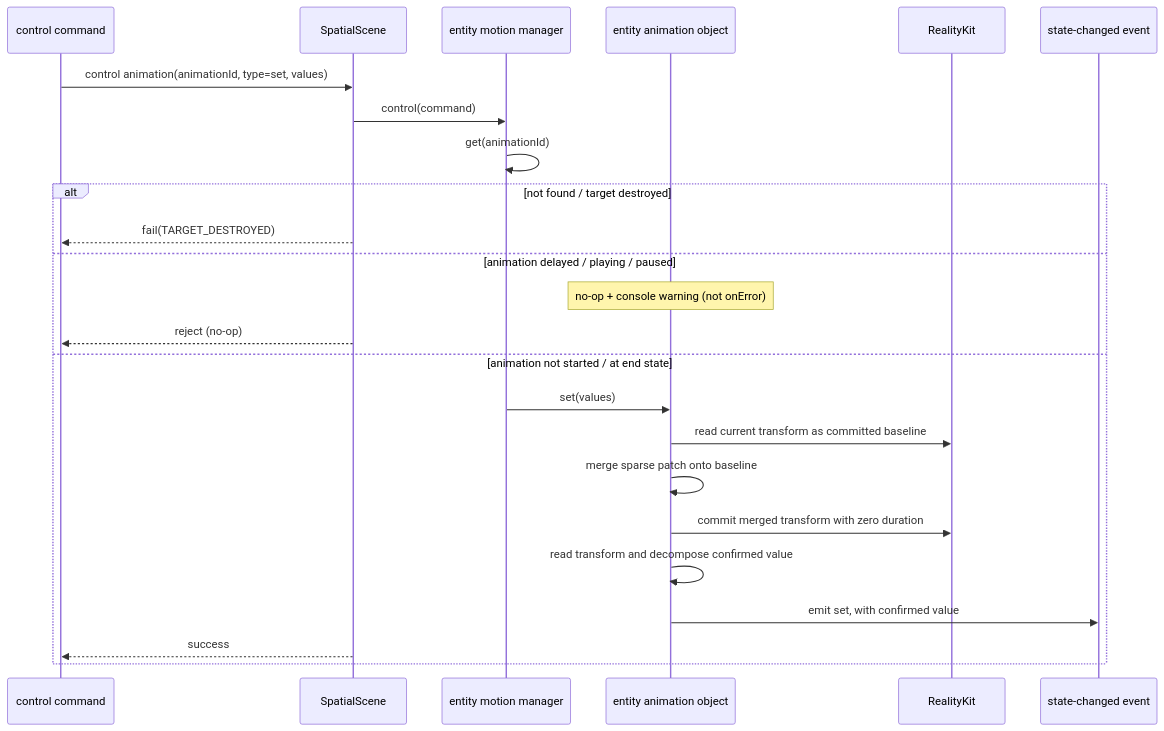
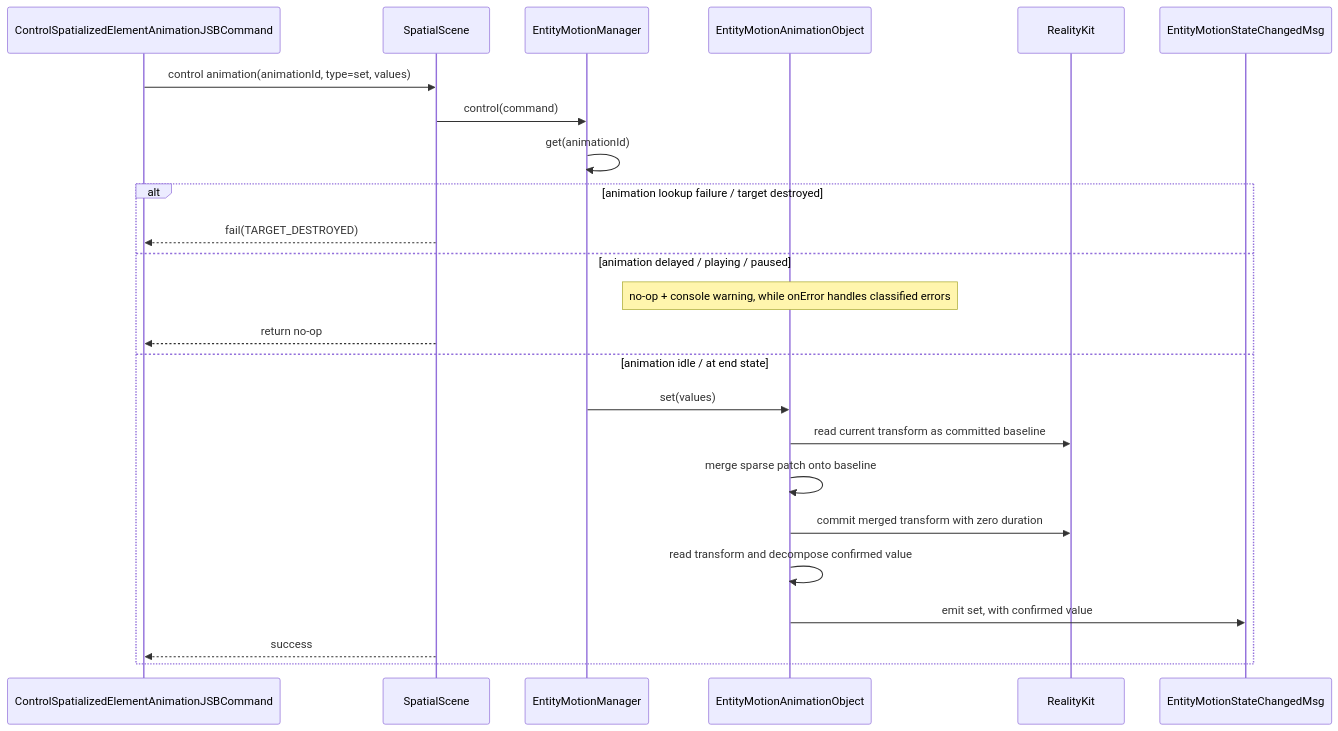
Before and after one commit to webspatial/webspatial-sdk: diagram 14 of 14 in openspec/changes/redesign-entity-motion-api/design.md, drawn with Mermaid. The commit also changed other lines of this file and 3 other files, not shown here.

Commit message:
update spec structure and diagram

````diff
--- a/openspec/changes/redesign-entity-motion-api/design.md
+++ b/openspec/changes/redesign-entity-motion-api/design.md
@@ -885,27 +999,27 @@
 ```mermaid
 sequenceDiagram
-    participant JSB as control command
+    participant JSB as ControlSpatializedElementAnimationJSBCommand
     participant Scene as SpatialScene
-    participant Manager as entity motion manager
-    participant Obj as entity animation object
+    participant Manager as EntityMotionManager
+    participant Obj as EntityMotionAnimationObject
     participant RK as RealityKit
-    participant Event as state-changed event
+    participant Event as EntityMotionStateChangedMsg
 
     JSB->>Scene: control animation(animationId, type=set, values)
     Scene->>Manager: control(command)
     Manager->>Manager: get(animationId)
-    alt not found / target destroyed
+    alt animation lookup failure / target destroyed
         Scene-->>JSB: fail(TARGET_DESTROYED)
     else animation delayed / playing / paused
-        Note over Obj: no-op + console warning (not onError)
-        Scene-->>JSB: reject (no-op)
-    else animation not started / at end state
+        Note over Obj: no-op + console warning, while onError handles classified errors
+        Scene-->>JSB: return no-op
+    else animation idle / at end state
         Manager->>Obj: set(values)
         Obj->>RK: read current transform as committed baseline
         Obj->>Obj: merge sparse patch onto baseline
         Obj->>RK: commit merged transform with zero duration
         Obj->>Obj: read transform and decompose confirmed value
         Obj->>Event: emit set, with confirmed value
         Scene-->>JSB: success
     end
 ```
````
